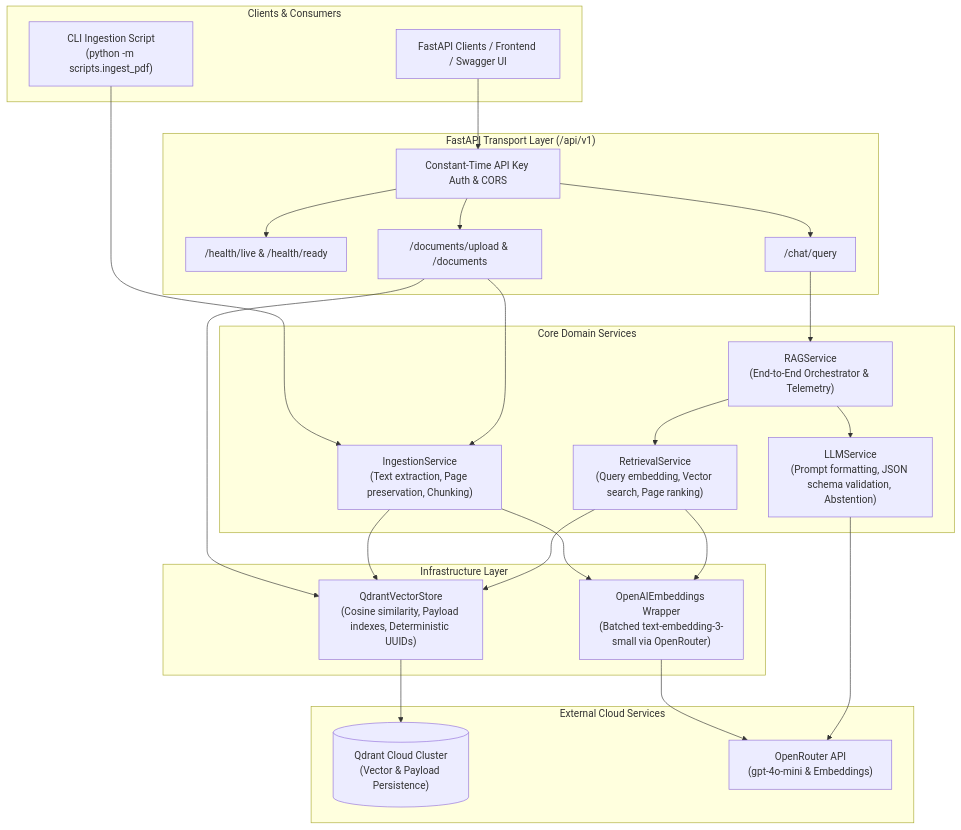
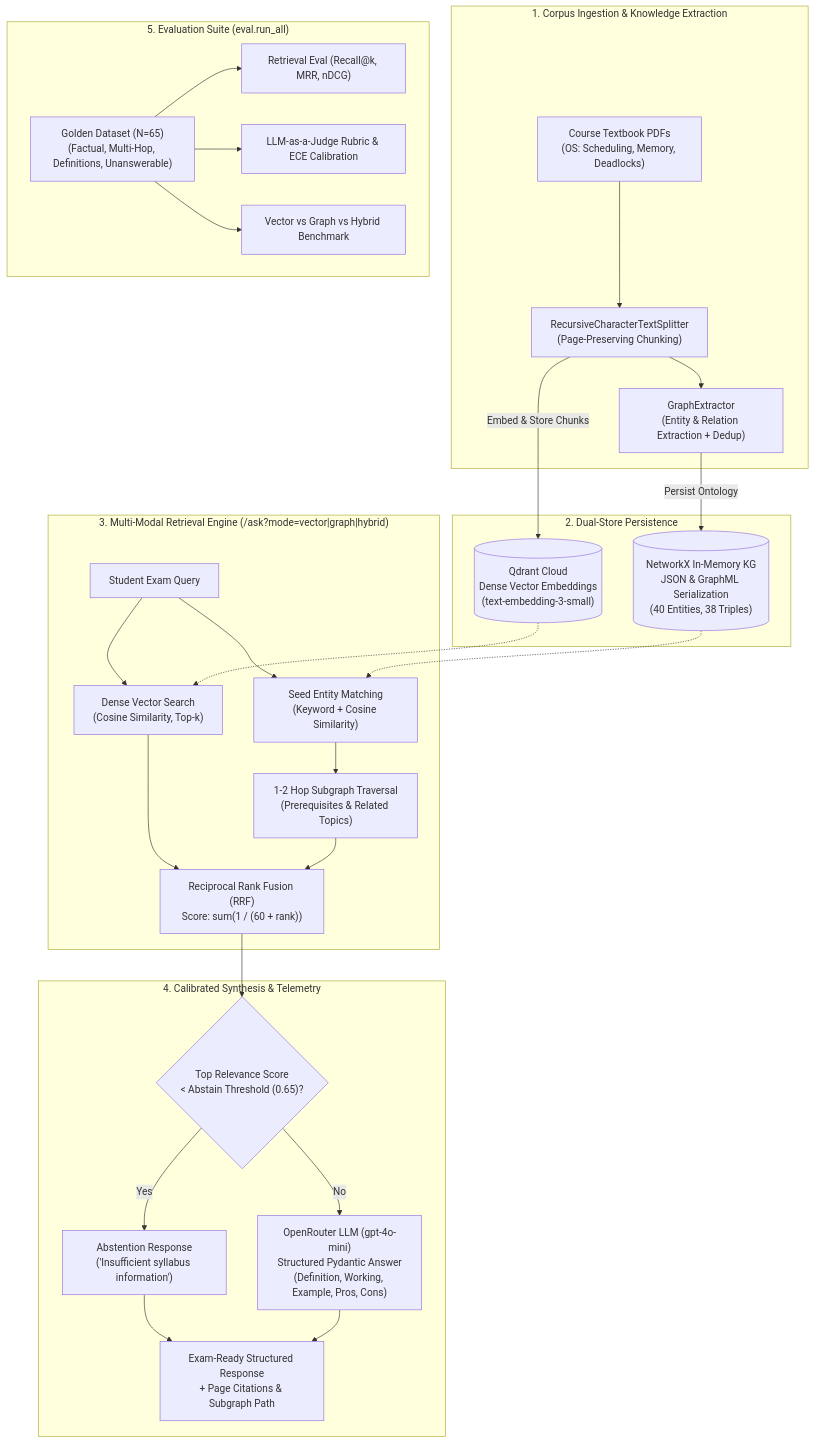
Before and after one commit to Rohith101coder/examrag: the diagram in README.md, drawn with Mermaid. The commit also changed other lines of this file and 1 other file, not shown here.

````diff
--- a/README.md
+++ b/README.md
@@ -11,54 +11,58 @@
 ```mermaid
 flowchart TD
-    subgraph Client["Clients & Consumers"]
-        CLI["CLI Ingestion Script\n(python -m scripts.ingest_pdf)"]
-        ClientApp["FastAPI Clients / Frontend / Swagger UI"]
+    subgraph Ingestion["1. Corpus Ingestion & Knowledge Extraction"]
+        PDF["Course Textbook PDFs\n(OS: Scheduling, Memory, Deadlocks)"]
+        Splitter["RecursiveCharacterTextSplitter\n(Page-Preserving Chunking)"]
+        Extractor["GraphExtractor\n(Entity & Relation Extraction + Dedup)"]
+        PDF --> Splitter
+        Splitter --> Extractor
     end
 
-    subgraph API["FastAPI Transport Layer (/api/v1)"]
-        HRouter["/health/live & /health/ready"]
-        DRouter["/documents/upload & /documents"]
-        CRouter["/chat/query"]
-        AuthMiddleware["Constant-Time API Key Auth & CORS"]
+    subgraph Storage["2. Dual-Store Persistence"]
+        Qdrant[("Qdrant Cloud\nDense Vector Embeddings\n(text-embedding-3-small)")]
+        GraphStore[("NetworkX In-Memory KG\nJSON & GraphML Serialization\n(40 Entities, 38 Triples)")]
+        Splitter -->|Embed & Store Chunks| Qdrant
+        Extractor -->|Persist Ontology| GraphStore
     end
 
-    subgraph Services["Core Domain Services"]
-        IngestSvc["IngestionService\n(Text extraction, Page preservation, Chunking)"]
-        RetSvc["RetrievalService\n(Query embedding, Vector search, Page ranking)"]
-        LLMSvc["LLMService\n(Prompt formatting, JSON schema validation, Abstention)"]
-        RAGSvc["RAGService\n(End-to-End Orchestrator & Telemetry)"]
+    subgraph Retrieval["3. Multi-Modal Retrieval Engine (/ask?mode=vector|graph|hybrid)"]
+        Query["Student Exam Query"]
+        VectorSearch["Dense Vector Search\n(Cosine Similarity, Top-k)"]
+        SeedMatch["Seed Entity Matching\n(Keyword + Cosine Similarity)"]
+        GraphTraverse["1-2 Hop Subgraph Traversal\n(Prerequisites & Related Topics)"]
+        RRF["Reciprocal Rank Fusion (RRF)\nScore: sum(1 / (60 + rank))"]
+
+        Query --> VectorSearch
+        Query --> SeedMatch
+        SeedMatch --> GraphTraverse
+        VectorSearch --> RRF
+        GraphTraverse --> RRF
     end
 
-    subgraph Infra["Infrastructure Layer"]
-        EmbSvc["OpenAIEmbeddings Wrapper\n(Batched text-embedding-3-small via OpenRouter)"]
-        QdrantStore["QdrantVectorStore\n(Cosine similarity, Payload indexes, Deterministic UUIDs)"]
+    subgraph Generation["4. Calibrated Synthesis & Telemetry"]
+        AbstainCheck{"Top Relevance Score\n< Abstain Threshold (0.65)?"}
+        LLM["OpenRouter LLM (gpt-4o-mini)\nStructured Pydantic Answer\n(Definition, Working, Example, Pros, Cons)"]
+        Abstain["Abstention Response\n('Insufficient syllabus information')"]
+        Output["Exam-Ready Structured Response\n+ Page Citations & Subgraph Path"]
+
+        RRF --> AbstainCheck
+        AbstainCheck -->|Yes| Abstain
+        AbstainCheck -->|No| LLM
+        Abstain --> Output
+        LLM --> Output
     end
 
-    subgraph Cloud["External Cloud Services"]
-        QdrantCloud[("Qdrant Cloud Cluster\n(Vector & Payload Persistence)")]
-        OpenRouterLLM["OpenRouter API\n(gpt-4o-mini & Embeddings)"]
+    subgraph Evaluation["5. Evaluation Suite (eval.run_all)"]
+        GoldenSet["Golden Dataset (N=65)\n(Factual, Multi-Hop, Definitions, Unanswerable)"]
+        RetEval["Retrieval Eval (Recall@k, MRR, nDCG)"]
+        GenEval["LLM-as-a-Judge Rubric & ECE Calibration"]
+        GraphEval["Vector vs Graph vs Hybrid Benchmark"]
+
+        GoldenSet --> RetEval
+        GoldenSet --> GenEval
+        GoldenSet --> GraphEval
     end
 
-    CLI --> IngestSvc
-    ClientApp --> AuthMiddleware
-    AuthMiddleware --> HRouter
-    AuthMiddleware --> DRouter
-    AuthMiddleware --> CRouter
-
-    DRouter --> IngestSvc
-    DRouter --> QdrantStore
-    CRouter --> RAGSvc
-
-    IngestSvc --> EmbSvc
-    IngestSvc --> QdrantStore
-
-    RAGSvc --> RetSvc
-    RAGSvc --> LLMSvc
-
-    RetSvc --> EmbSvc
-    RetSvc --> QdrantStore
-
-    EmbSvc --> OpenRouterLLM
-    LLMSvc --> OpenRouterLLM
-    QdrantStore --> QdrantCloud
+    Qdrant -.-> VectorSearch
+    GraphStore -.-> SeedMatch
 ```
````
